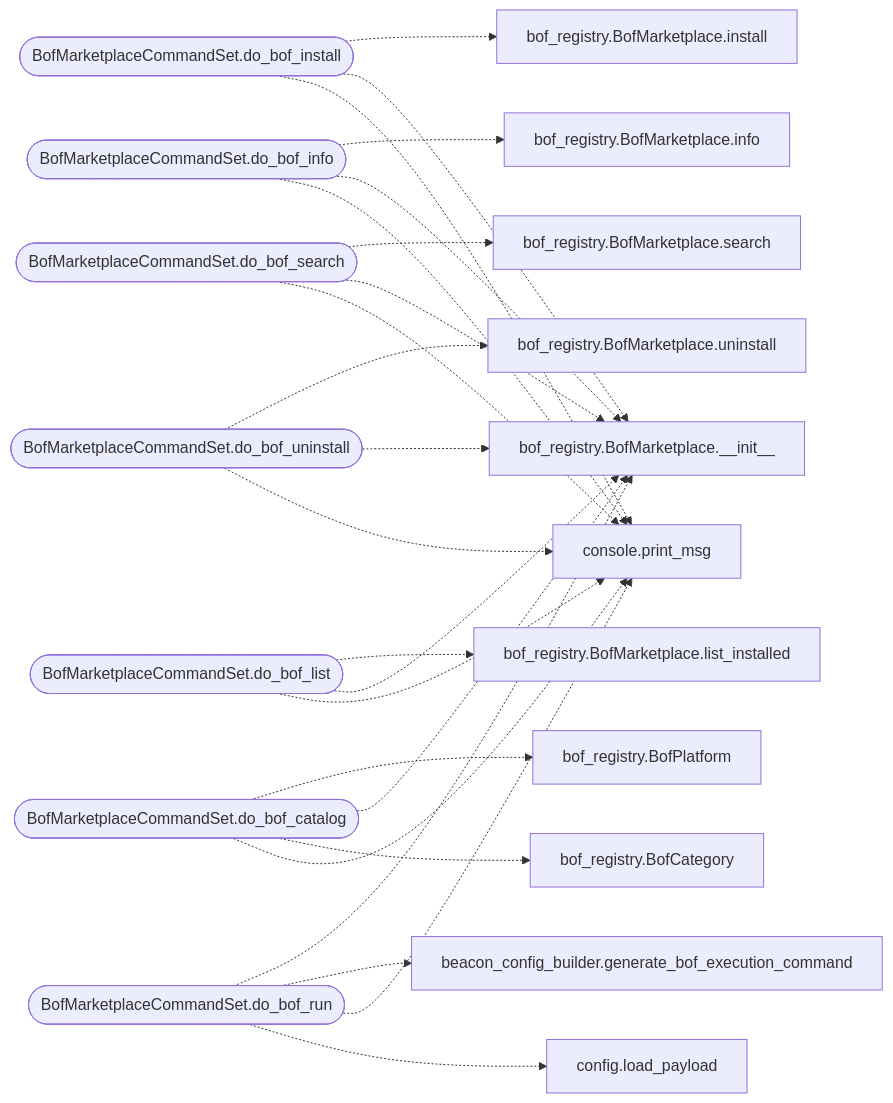
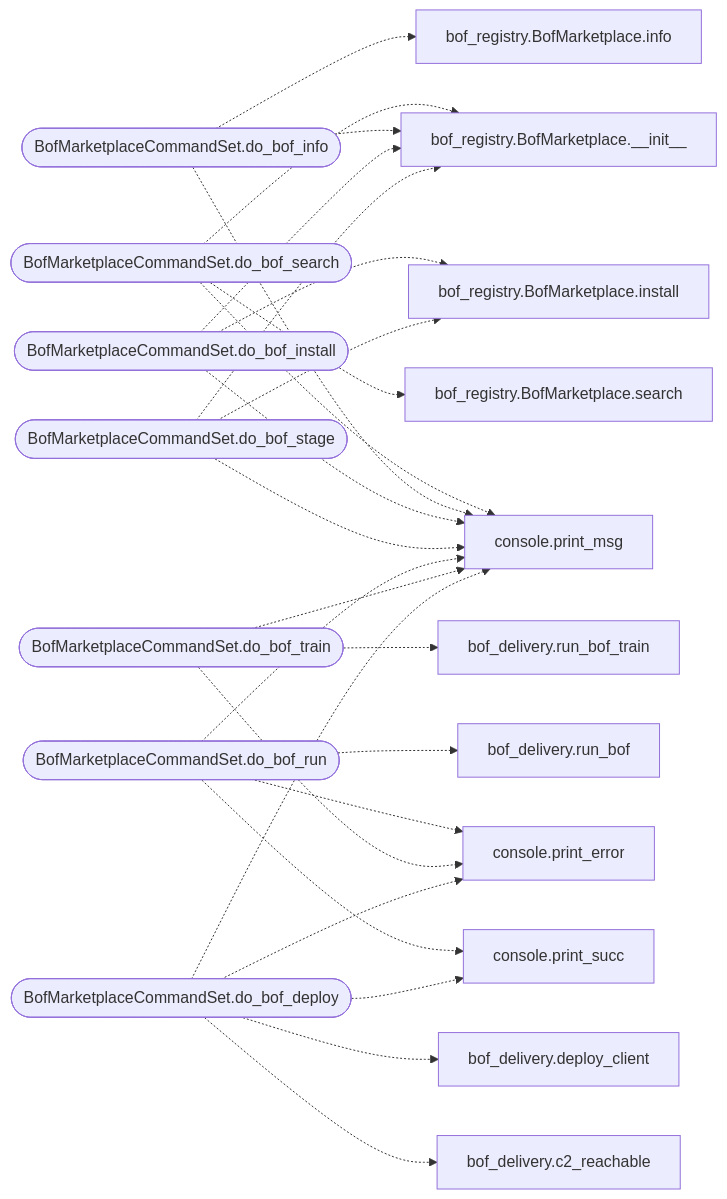
The second of 2 diagrams in readmenator-apidocs/modules/cli.commands.bof_registry.py.md (grisuno/LazyOwn), drawn with Mermaid before and after one commit. The commit also changed other lines of this file and 380 other files, not shown here.

````diff
--- a/readmenator-apidocs/modules/cli.commands.bof_registry.py.md
+++ b/readmenator-apidocs/modules/cli.commands.bof_registry.py.md
@@ -43,44 +54,45 @@
 ```mermaid
 flowchart LR
     n_cli_commands_bof_registry_py__BofMarketplaceCommandSet_do_bof_search(["BofMarketplaceCommandSet.do_bof_search"])
     n_core_console_py__print_msg["console.print_msg"]
     n_modules_bof_registry_py__BofMarketplace___init__["bof_registry.BofMarketplace.__init__"]
     n_modules_bof_registry_py__BofMarketplace_search["bof_registry.BofMarketplace.search"]
     n_cli_commands_bof_registry_py__BofMarketplaceCommandSet_do_bof_info(["BofMarketplaceCommandSet.do_bof_info"])
     n_modules_bof_registry_py__BofMarketplace_info["bof_registry.BofMarketplace.info"]
     n_cli_commands_bof_registry_py__BofMarketplaceCommandSet_do_bof_install(["BofMarketplaceCommandSet.do_bof_install"])
     n_modules_bof_registry_py__BofMarketplace_install["bof_registry.BofMarketplace.install"]
+    n_cli_commands_bof_registry_py__BofMarketplaceCommandSet_do_bof_stage(["BofMarketplaceCommandSet.do_bof_stage"])
     n_cli_commands_bof_registry_py__BofMarketplaceCommandSet_do_bof_run(["BofMarketplaceCommandSet.do_bof_run"])
-    n_core_config_py__load_payload["config.load_payload"]
-    n_modules_beacon_config_builder_py__generate_bof_execution_command["beacon_config_builder.generate_bof_execution_command"]
-    n_cli_commands_bof_registry_py__BofMarketplaceCommandSet_do_bof_uninstall(["BofMarketplaceCommandSet.do_bof_uninstall"])
-    n_modules_bof_registry_py__BofMarketplace_uninstall["bof_registry.BofMarketplace.uninstall"]
-    n_cli_commands_bof_registry_py__BofMarketplaceCommandSet_do_bof_list(["BofMarketplaceCommandSet.do_bof_list"])
-    n_modules_bof_registry_py__BofMarketplace_list_installed["bof_registry.BofMarketplace.list_installed"]
-    n_cli_commands_bof_registry_py__BofMarketplaceCommandSet_do_bof_catalog(["BofMarketplaceCommandSet.do_bof_catalog"])
-    n_modules_bof_registry_py__BofCategory["bof_registry.BofCategory"]
-    n_modules_bof_registry_py__BofPlatform["bof_registry.BofPlatform"]
+    n_core_console_py__print_error["console.print_error"]
+    n_core_console_py__print_succ["console.print_succ"]
+    n_modules_bof_delivery_py__run_bof["bof_delivery.run_bof"]
+    n_cli_commands_bof_registry_py__BofMarketplaceCommandSet_do_bof_train(["BofMarketplaceCommandSet.do_bof_train"])
+    n_modules_bof_delivery_py__run_bof_train["bof_delivery.run_bof_train"]
+    n_cli_commands_bof_registry_py__BofMarketplaceCommandSet_do_bof_deploy(["BofMarketplaceCommandSet.do_bof_deploy"])
+    n_modules_bof_delivery_py__c2_reachable["bof_delivery.c2_reachable"]
+    n_modules_bof_delivery_py__deploy_client["bof_delivery.deploy_client"]
     n_cli_commands_bof_registry_py__BofMarketplaceCommandSet_do_bof_search -.-> n_core_console_py__print_msg
     n_cli_commands_bof_registry_py__BofMarketplaceCommandSet_do_bof_search -.-> n_modules_bof_registry_py__BofMarketplace___init__
     n_cli_commands_bof_registry_py__BofMarketplaceCommandSet_do_bof_search -.-> n_modules_bof_registry_py__BofMarketplace_search
     n_cli_commands_bof_registry_py__BofMarketplaceCommandSet_do_bof_info -.-> n_core_console_py__print_msg
     n_cli_commands_bof_registry_py__BofMarketplaceCommandSet_do_bof_info -.-> n_modules_bof_registry_py__BofMarketplace___init__
     n_cli_commands_bof_registry_py__BofMarketplaceCommandSet_do_bof_info -.-> n_modules_bof_registry_py__BofMarketplace_info
     n_cli_commands_bof_registry_py__BofMarketplaceCommandSet_do_bof_install -.-> n_core_console_py__print_msg
     n_cli_commands_bof_registry_py__BofMarketplaceCommandSet_do_bof_install -.-> n_modules_bof_registry_py__BofMarketplace___init__
     n_cli_commands_bof_registry_py__BofMarketplaceCommandSet_do_bof_install -.-> n_modules_bof_registry_py__BofMarketplace_install
-    n_cli_commands_bof_registry_py__BofMarketplaceCommandSet_do_bof_run -.-> n_core_config_py__load_payload
+    n_cli_commands_bof_registry_py__BofMarketplaceCommandSet_do_bof_stage -.-> n_core_console_py__print_msg
+    n_cli_commands_bof_registry_py__BofMarketplaceCommandSet_do_bof_stage -.-> n_modules_bof_registry_py__BofMarketplace___init__
+    n_cli_commands_bof_registry_py__BofMarketplaceCommandSet_do_bof_stage -.-> n_modules_bof_registry_py__BofMarketplace_install
+    n_cli_commands_bof_registry_py__BofMarketplaceCommandSet_do_bof_run -.-> n_core_console_py__print_error
     n_cli_commands_bof_registry_py__BofMarketplaceCommandSet_do_bof_run -.-> n_core_console_py__print_msg
-    n_cli_commands_bof_registry_py__BofMarketplaceCommandSet_do_bof_run -.-> n_modules_beacon_config_builder_py__generate_bof_execution_command
-    n_cli_commands_bof_registry_py__BofMarketplaceCommandSet_do_bof_run -.-> n_modules_bof_registry_py__BofMarketplace___init__
-    n_cli_commands_bof_registry_py__BofMarketplaceCommandSet_do_bof_uninstall -.-> n_core_console_py__print_msg
-    n_cli_commands_bof_registry_py__BofMarketplaceCommandSet_do_bof_uninstall -.-> n_modules_bof_registry_py__BofMarketplace___init__
-    n_cli_commands_bof_registry_py__BofMarketplaceCommandSet_do_bof_uninstall -.-> n_modules_bof_registry_py__BofMarketplace_uninstall
-    n_cli_commands_bof_registry_py__BofMarketplaceCommandSet_do_bof_list -.-> n_core_console_py__print_msg
-    n_cli_commands_bof_registry_py__BofMarketplaceCommandSet_do_bof_list -.-> n_modules_bof_registry_py__BofMarketplace___init__
-    n_cli_commands_bof_registry_py__BofMarketplaceCommandSet_do_bof_list -.-> n_modules_bof_registry_py__BofMarketplace_list_installed
-    n_cli_commands_bof_registry_py__BofMarketplaceCommandSet_do_bof_catalog -.-> n_core_console_py__print_msg
-    n_cli_commands_bof_registry_py__BofMarketplaceCommandSet_do_bof_catalog -.-> n_modules_bof_registry_py__BofCategory
-    n_cli_commands_bof_registry_py__BofMarketplaceCommandSet_do_bof_catalog -.-> n_modules_bof_registry_py__BofMarketplace___init__
-    n_cli_commands_bof_registry_py__BofMarketplaceCommandSet_do_bof_catalog -.-> n_modules_bof_registry_py__BofPlatform
+    n_cli_commands_bof_registry_py__BofMarketplaceCommandSet_do_bof_run -.-> n_core_console_py__print_succ
+    n_cli_commands_bof_registry_py__BofMarketplaceCommandSet_do_bof_run -.-> n_modules_bof_delivery_py__run_bof
+    n_cli_commands_bof_registry_py__BofMarketplaceCommandSet_do_bof_train -.-> n_core_console_py__print_error
+    n_cli_commands_bof_registry_py__BofMarketplaceCommandSet_do_bof_train -.-> n_core_console_py__print_msg
+    n_cli_commands_bof_registry_py__BofMarketplaceCommandSet_do_bof_train -.-> n_modules_bof_delivery_py__run_bof_train
+    n_cli_commands_bof_registry_py__BofMarketplaceCommandSet_do_bof_deploy -.-> n_core_console_py__print_error
+    n_cli_commands_bof_registry_py__BofMarketplaceCommandSet_do_bof_deploy -.-> n_core_console_py__print_msg
+    n_cli_commands_bof_registry_py__BofMarketplaceCommandSet_do_bof_deploy -.-> n_core_console_py__print_succ
+    n_cli_commands_bof_registry_py__BofMarketplaceCommandSet_do_bof_deploy -.-> n_modules_bof_delivery_py__c2_reachable
+    n_cli_commands_bof_registry_py__BofMarketplaceCommandSet_do_bof_deploy -.-> n_modules_bof_delivery_py__deploy_client
 ```
````
